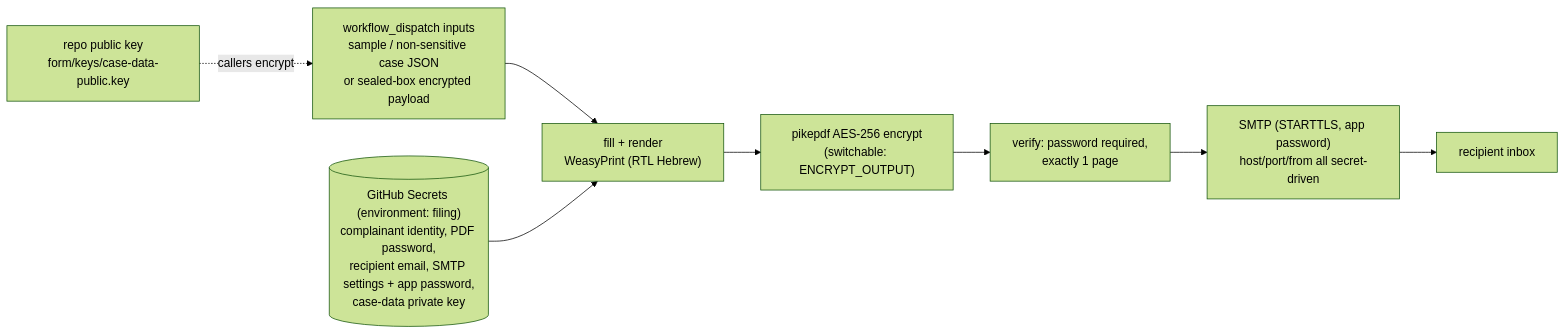
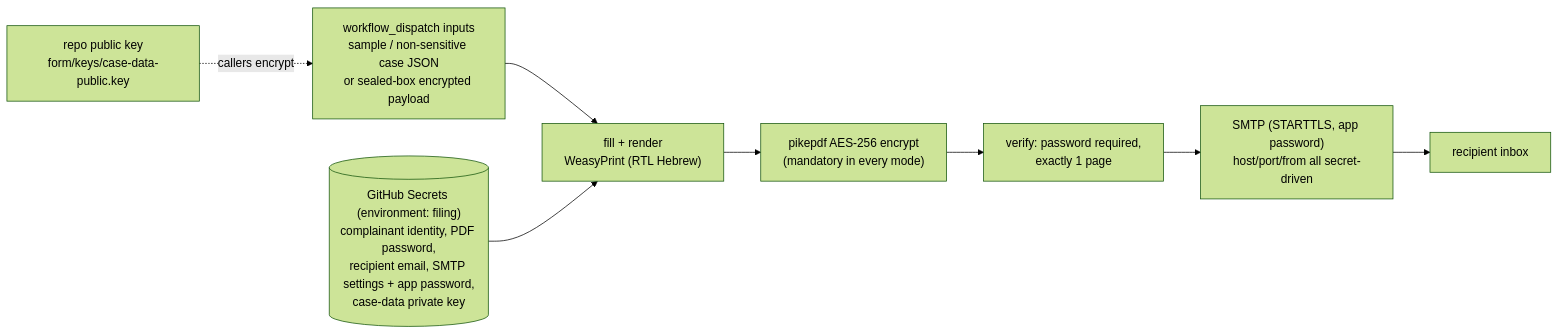
One commit to civic-form-tools/traffic-complaint-form changed the diagram in README.md. Above: the diagram before and after it, drawn with Mermaid (forest theme). The commit also changed other lines of this file and 11 other files, not shown here.

````diff
--- a/README.md
+++ b/README.md
@@ -22,10 +22,10 @@
 ```mermaid
 flowchart LR
     A["workflow_dispatch inputs<br>sample / non-sensitive case JSON<br>or sealed-box encrypted payload"] --> C["fill + render<br>WeasyPrint (RTL Hebrew)"]
     K["repo public key<br>form/keys/case-data-public.key"] -. callers encrypt .-> A
     S[("GitHub Secrets (environment: filing)<br>complainant identity, PDF password,<br>recipient email, SMTP settings + app password,<br>case-data private key")] --> C
-    C --> D["pikepdf AES-256 encrypt<br>(switchable: ENCRYPT_OUTPUT)"]
+    C --> D["pikepdf AES-256 encrypt<br>(mandatory in every mode)"]
     D --> V["verify: password required,<br>exactly 1 page"]
     V --> M["SMTP (STARTTLS, app password)<br>host/port/from all secret-driven"]
     M --> E["recipient inbox"]
 ```
````
